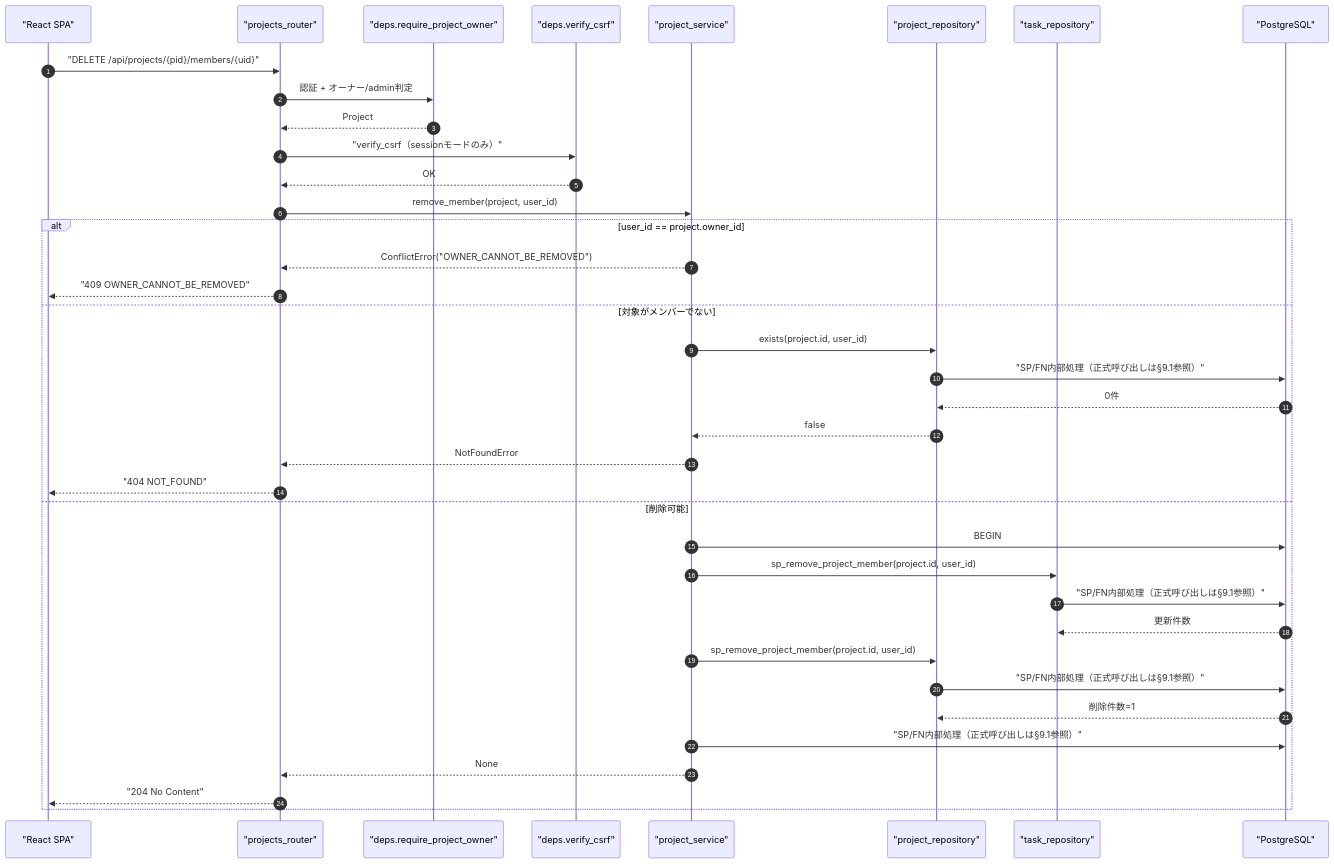
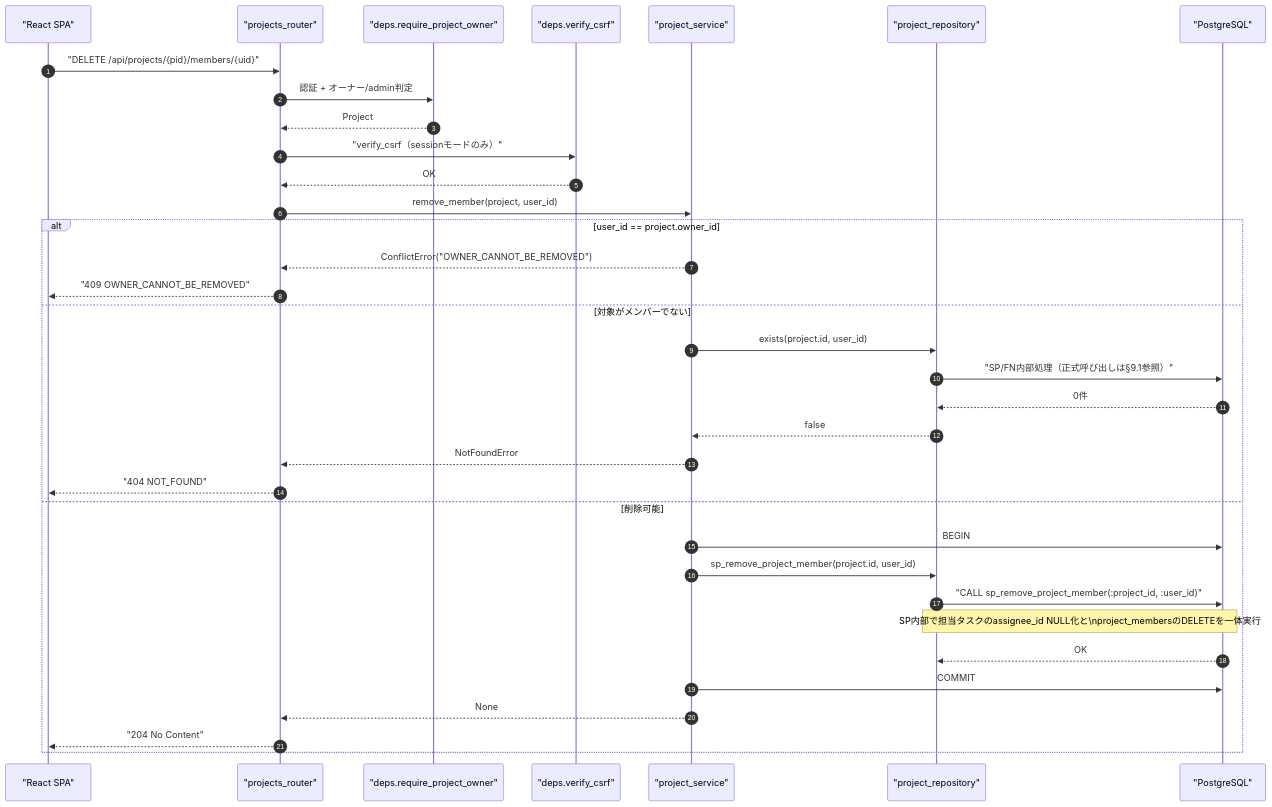
One commit to oikawa-d/task_management changed the first of 4 diagrams in detailed_design/api/projects/09_delete_project_member.md. Above: the diagram before and after it, drawn with Mermaid. The commit also changed other lines of this file and 5 other files, not shown here.

````diff
--- a/detailed_design/api/projects/09_delete_project_member.md
+++ b/detailed_design/api/projects/09_delete_project_member.md
@@ -69,41 +69,38 @@
 ```mermaid
 sequenceDiagram
     autonumber
     participant FE as "React SPA"
     participant R as "projects_router"
     participant D as "deps.require_project_owner"
     participant CSRF as "deps.verify_csrf"
     participant S as "project_service"
     participant PR as "project_repository"
-    participant TR as "task_repository"
     participant PG as "PostgreSQL"
 
     FE->>R: "DELETE /api/projects/{pid}/members/{uid}"
     R->>D: 認証 + オーナー/admin判定
     D-->>R: Project
     R->>CSRF: "verify_csrf（sessionモードのみ）"
     CSRF-->>R: OK
     R->>S: remove_member(project, user_id)
     alt user_id == project.owner_id
         S-->>R: ConflictError("OWNER_CANNOT_BE_REMOVED")
         R-->>FE: "409 OWNER_CANNOT_BE_REMOVED"
     else 対象がメンバーでない
         S->>PR: exists(project.id, user_id)
         PR->>PG: "SP/FN内部処理（正式呼び出しは§9.1参照）"
         PG-->>PR: 0件
         PR-->>S: false
         S-->>R: NotFoundError
         R-->>FE: "404 NOT_FOUND"
     else 削除可能
         S->>PG: BEGIN
-        S->>TR: sp_remove_project_member(project.id, user_id)
-        TR->>PG: "SP/FN内部処理（正式呼び出しは§9.1参照）"
-        PG-->>TR: 更新件数
         S->>PR: sp_remove_project_member(project.id, user_id)
-        PR->>PG: "SP/FN内部処理（正式呼び出しは§9.1参照）"
-        PG-->>PR: 削除件数=1
-        S->>PG: "SP/FN内部処理（正式呼び出しは§9.1参照）"
+        PR->>PG: "CALL sp_remove_project_member(:project_id, :user_id)"
+        Note over PR,PG: SP内部で担当タスクのassignee_id NULL化と\nproject_membersのDELETEを一体実行
+        PG-->>PR: OK
+        S->>PG: COMMIT
         S-->>R: None
         R-->>FE: "204 No Content"
     end
 ```
````
